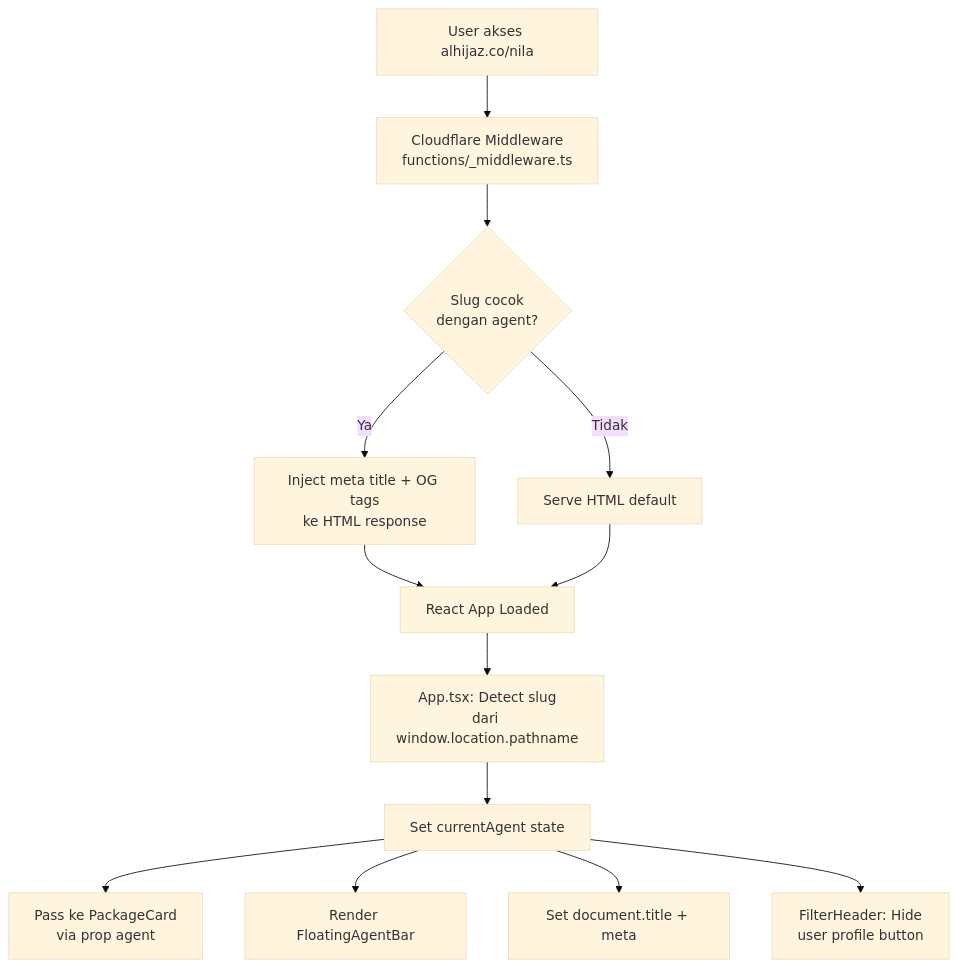
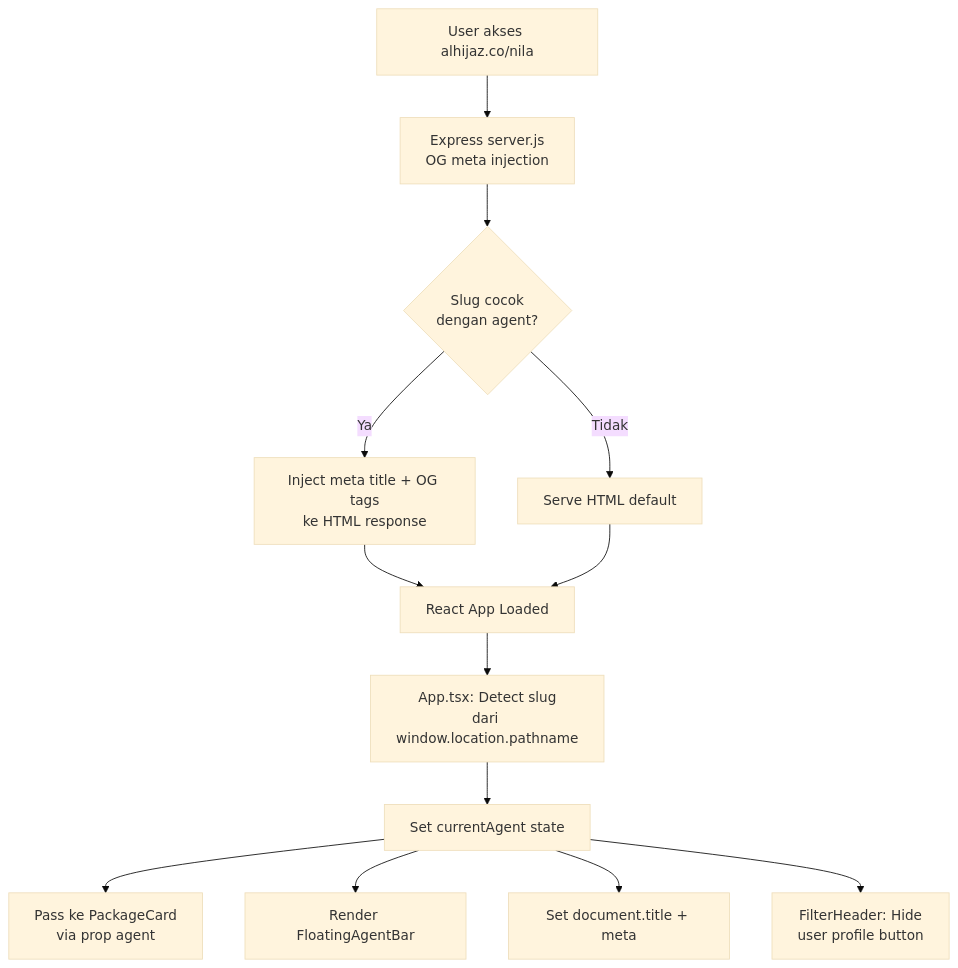
One commit to digivocreative/miqot changed the diagram in docs/AGENT-PROFILE.md. Above: the diagram before and after it, drawn with Mermaid (base theme). The commit also changed other lines of this file and 40 other files, not shown here.

````diff
--- a/docs/AGENT-PROFILE.md
+++ b/docs/AGENT-PROFILE.md
@@ -11,15 +11,15 @@
 ```mermaid
 graph TD
-    A["User akses alhijaz.co/nila"] --> B["Cloudflare Middleware<br/>functions/_middleware.ts"]
+    A["User akses alhijaz.co/nila"] --> B["Express server.js<br/>OG meta injection"]
     B --> C{"Slug cocok<br/>dengan agent?"}
     C -->|Ya| D["Inject meta title + OG tags<br/>ke HTML response"]
     C -->|Tidak| E["Serve HTML default"]
     D --> F["React App Loaded"]
     E --> F
     F --> G["App.tsx: Detect slug<br/>dari window.location.pathname"]
     G --> H["Set currentAgent state"]
     H --> I["Pass ke PackageCard<br/>via prop agent"]
     H --> J["Render FloatingAgentBar"]
     H --> K["Set document.title + meta"]
     H --> L["FilterHeader: Hide<br/>user profile button"]
 ```
````
